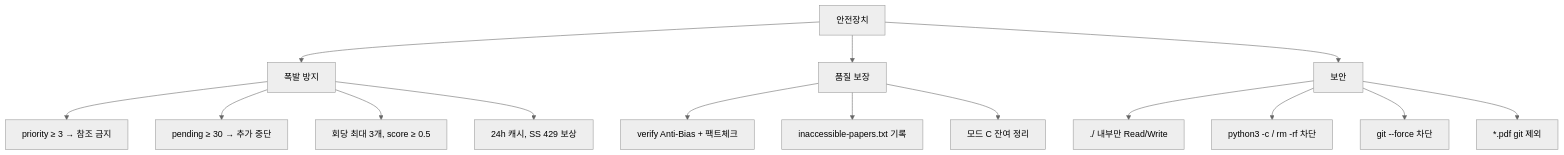
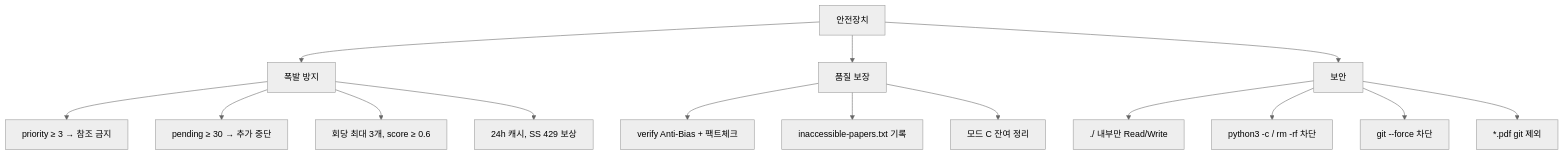
The fifth of 6 diagrams in CLAUDE.md (dnjsduf/research-loop), drawn with Mermaid (neutral theme) before and after one commit. The commit also changed other lines of this file and 42 other files, not shown here.

````diff
--- a/CLAUDE.md
+++ b/CLAUDE.md
@@ -128,20 +135,20 @@
 ```mermaid
 flowchart TD
     SAFE[안전장치] --> EX[폭발 방지]
     SAFE --> QA[품질 보장]
     SAFE --> SEC[보안]
 
     EX --> EX1["priority ≥ 3 → 참조 금지"]
     EX --> EX2["pending ≥ 30 → 추가 중단"]
-    EX --> EX3["회당 최대 3개, score ≥ 0.5"]
+    EX --> EX3["회당 최대 3개, score ≥ 0.6"]
     EX --> EX4["24h 캐시, SS 429 보상"]
 
     QA --> QA1["verify Anti-Bias + 팩트체크"]
     QA --> QA2["inaccessible-papers.txt 기록"]
     QA --> QA3["모드 C 잔여 정리"]
 
     SEC --> SEC1["./ 내부만 Read/Write"]
     SEC --> SEC2["python3 -c / rm -rf 차단"]
     SEC --> SEC3["git --force 차단"]
     SEC --> SEC4["*.pdf git 제외"]
 ```
````
